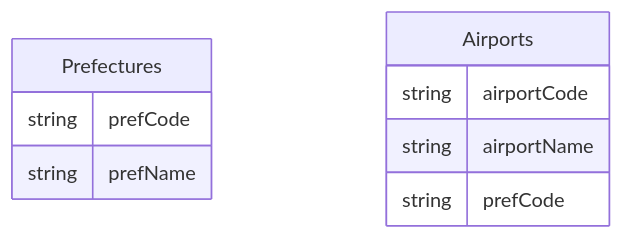
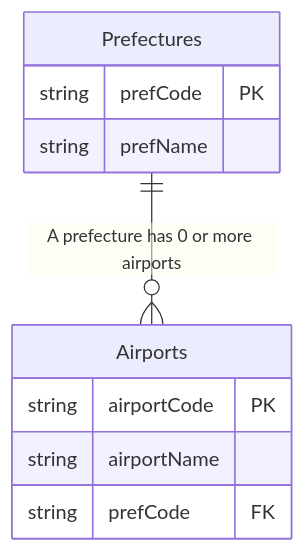
Before and after one commit to SUZUKI-Takayuki-0404/Kadai10th: the diagram in README.md, drawn with Mermaid.

````diff
--- a/README.md
+++ b/README.md
@@ -32,15 +32,16 @@
-```mermaid
+```mermaid LR
 erDiagram
+Prefectures ||--o{ Airports :"A prefecture has 0 or more airports"
 
   Prefectures {
-    string prefCode
+    string prefCode PK
     string prefName
   }
 
   Airports {
-    string airportCode
+    string airportCode PK
     string airportName
-    string prefCode
+    string prefCode FK
   }
 
 ```
````
